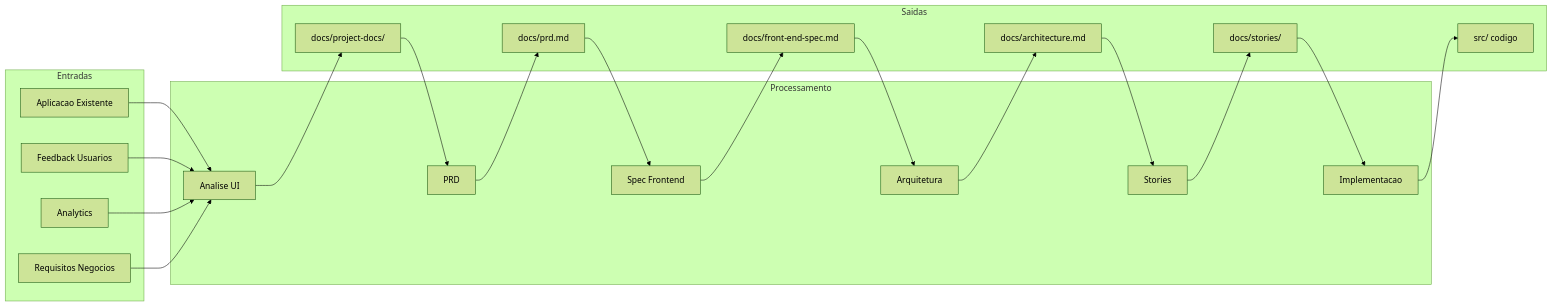
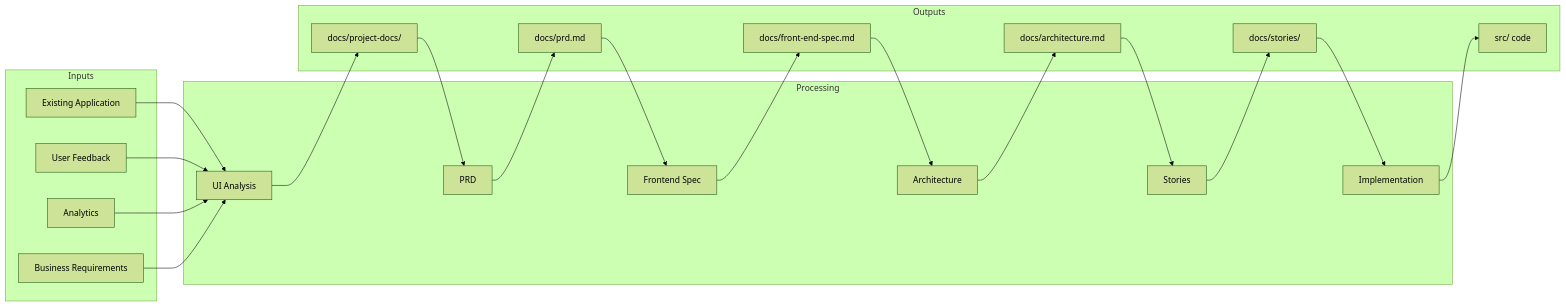
One commit to CyryxLabs/AEXOS changed the sixth of 7 diagrams in docs/aexos-workflows/brownfield-ui-workflow.md. Above: the diagram before and after it, drawn with Mermaid (forest theme). The commit also changed other lines of this file and 528 other files, not shown here.

````diff
--- a/docs/aexos-workflows/brownfield-ui-workflow.md
+++ b/docs/aexos-workflows/brownfield-ui-workflow.md
@@ -559,44 +559,44 @@
 ```mermaid
 flowchart LR
-    subgraph "Entradas"
-        I1[Aplicacao Existente]
-        I2[Feedback Usuarios]
+    subgraph "Inputs"
+        I1[Existing Application]
+        I2[User Feedback]
         I3[Analytics]
-        I4[Requisitos Negocios]
+        I4[Business Requirements]
     end
 
-    subgraph "Processamento"
-        P1[Analise UI]
+    subgraph "Processing"
+        P1[UI Analysis]
         P2[PRD]
-        P3[Spec Frontend]
-        P4[Arquitetura]
+        P3[Frontend Spec]
+        P4[Architecture]
         P5[Stories]
-        P6[Implementacao]
+        P6[Implementation]
     end
 
-    subgraph "Saidas"
+    subgraph "Outputs"
         O1[docs/project-docs/]
         O2[docs/prd.md]
         O3[docs/front-end-spec.md]
         O4[docs/architecture.md]
         O5[docs/stories/]
-        O6[src/ codigo]
+        O6[src/ code]
     end
 
     I1 --> P1
     I2 --> P1
     I3 --> P1
     I4 --> P1
 
     P1 --> O1
     O1 --> P2
     P2 --> O2
     O2 --> P3
     P3 --> O3
     O3 --> P4
     P4 --> O4
     O4 --> P5
     P5 --> O5
     O5 --> P6
     P6 --> O6
 ```
````
